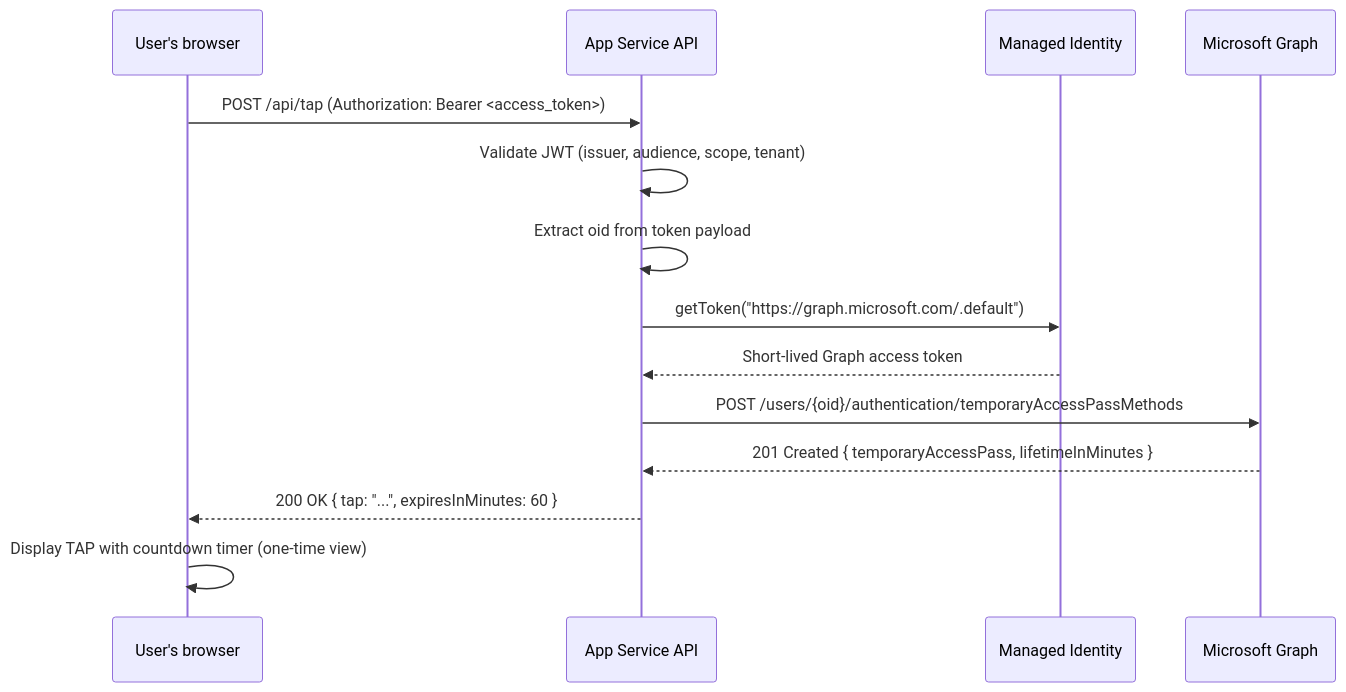
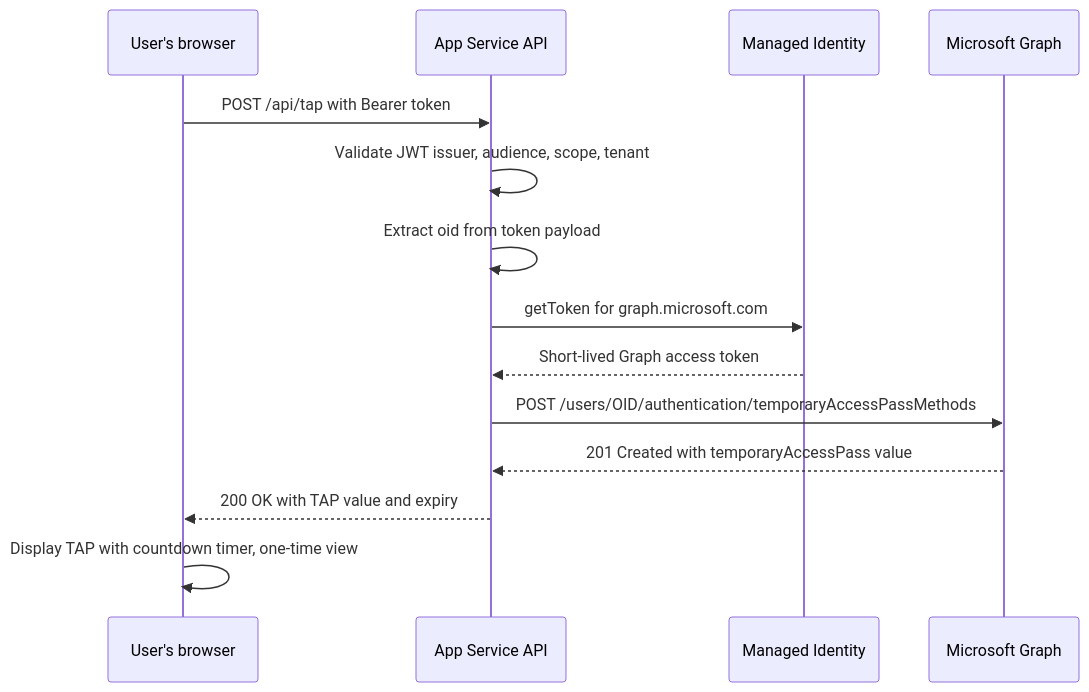
The second of 2 diagrams in README.md (BakkerJan/tap-portal-self-service), drawn with Mermaid before and after one commit.

Commit message:
Fix: remove semicolons, curly braces, angle brackets from Mermaid diagrams

````diff
--- a/README.md
+++ b/README.md
@@ -157,17 +157,17 @@
 ```mermaid
 sequenceDiagram
     participant User as User's browser
     participant API as App Service API
     participant MI as Managed Identity
     participant Graph as Microsoft Graph
 
-    User->>API: POST /api/tap  (Authorization: Bearer <access_token>)
-    API->>API: Validate JWT (issuer, audience, scope, tenant)
+    User->>API: POST /api/tap with Bearer token
+    API->>API: Validate JWT issuer, audience, scope, tenant
     API->>API: Extract oid from token payload
-    API->>MI: getToken("https://graph.microsoft.com/.default")
+    API->>MI: getToken for graph.microsoft.com
     MI-->>API: Short-lived Graph access token
-    API->>Graph: POST /users/{oid}/authentication/temporaryAccessPassMethods
-    Graph-->>API: 201 Created { temporaryAccessPass, lifetimeInMinutes }
-    API-->>User: 200 OK { tap: "...", expiresInMinutes: 60 }
-    User->>User: Display TAP with countdown timer (one-time view)
+    API->>Graph: POST /users/OID/authentication/temporaryAccessPassMethods
+    Graph-->>API: 201 Created with temporaryAccessPass value
+    API-->>User: 200 OK with TAP value and expiry
+    User->>User: Display TAP with countdown timer, one-time view
 ```
````
